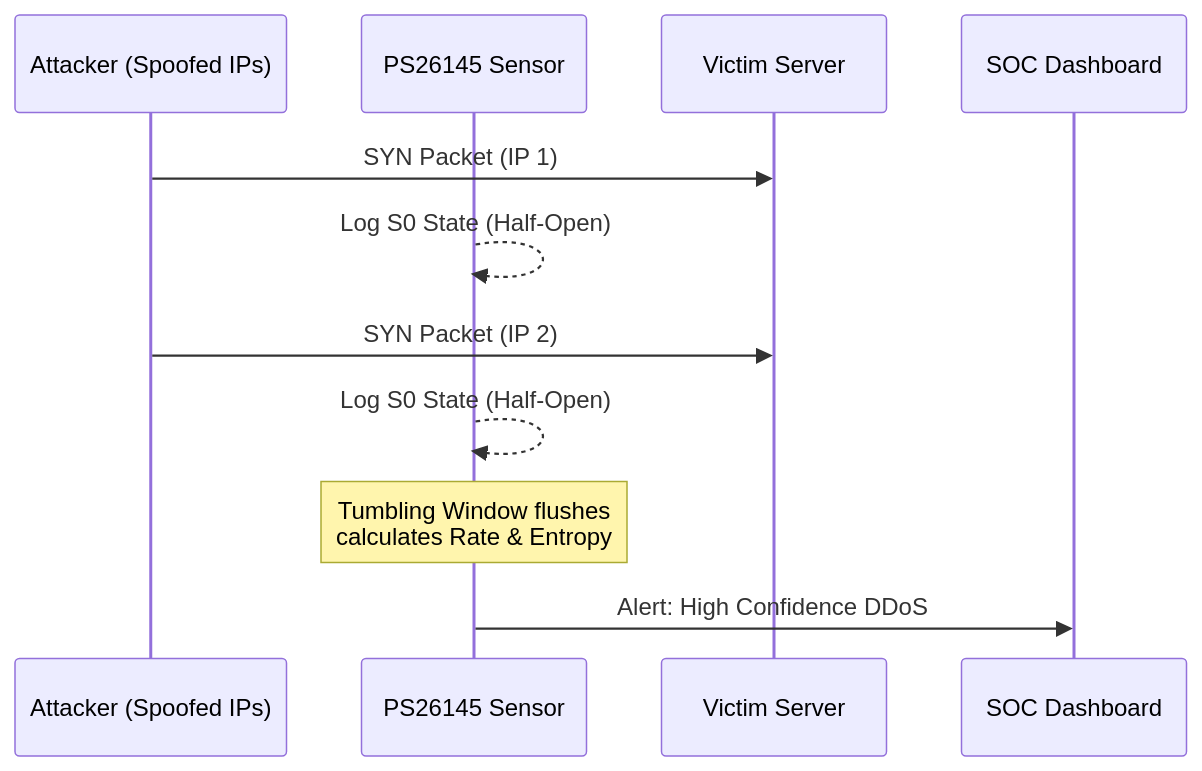
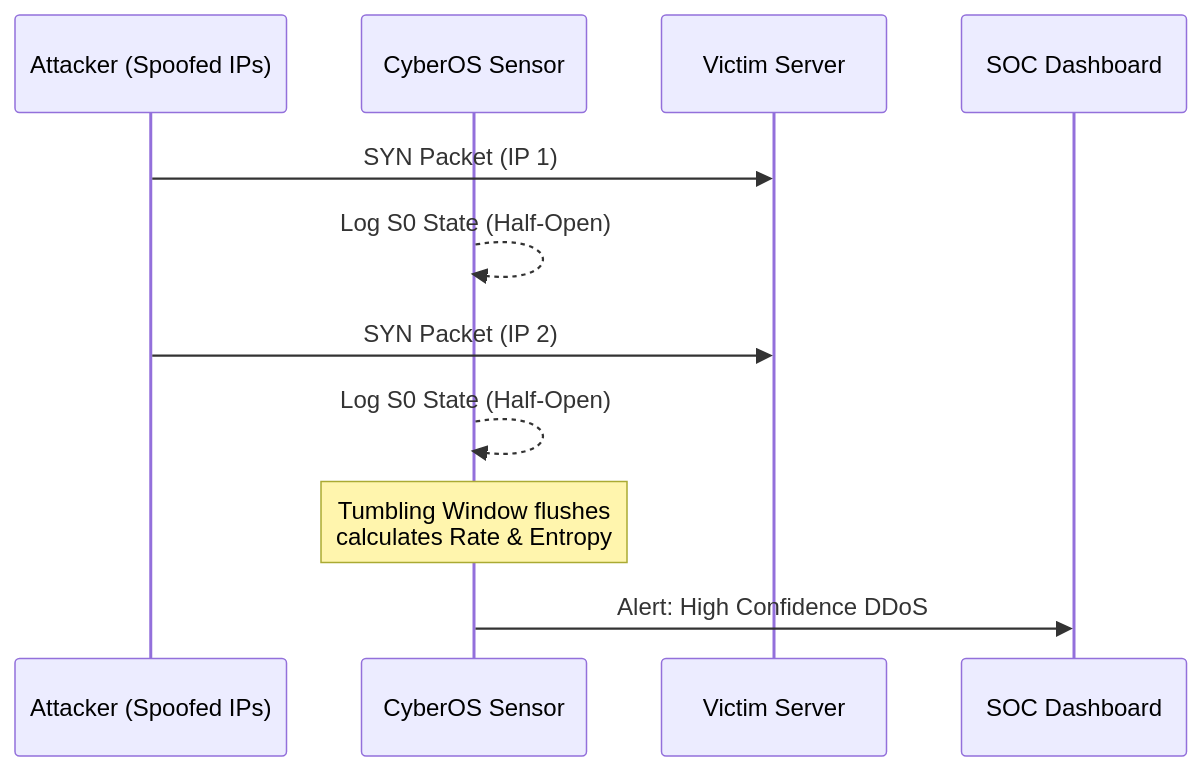
The diagram in educational_dashboard/modules/module_015_ddos.md (hotaro6754/CYBER-OS), drawn with Mermaid before and after one commit. The commit also changed other lines of this file and 352 other files, not shown here.

````diff
--- a/educational_dashboard/modules/module_015_ddos.md
+++ b/educational_dashboard/modules/module_015_ddos.md
@@ -10,13 +10,13 @@
 ```mermaid
 sequenceDiagram
     participant Attacker (Spoofed IPs)
-    participant PS26145 Sensor
+    participant CyberOS Sensor
     participant Victim Server
     
     Attacker (Spoofed IPs)->>Victim Server: SYN Packet (IP 1)
-    PS26145 Sensor-->>PS26145 Sensor: Log S0 State (Half-Open)
+    CyberOS Sensor-->>CyberOS Sensor: Log S0 State (Half-Open)
     Attacker (Spoofed IPs)->>Victim Server: SYN Packet (IP 2)
-    PS26145 Sensor-->>PS26145 Sensor: Log S0 State (Half-Open)
-    Note over PS26145 Sensor: Tumbling Window flushes<br/>calculates Rate & Entropy
-    PS26145 Sensor->>SOC Dashboard: Alert: High Confidence DDoS
+    CyberOS Sensor-->>CyberOS Sensor: Log S0 State (Half-Open)
+    Note over CyberOS Sensor: Tumbling Window flushes<br/>calculates Rate & Entropy
+    CyberOS Sensor->>SOC Dashboard: Alert: High Confidence DDoS
 ```
````
